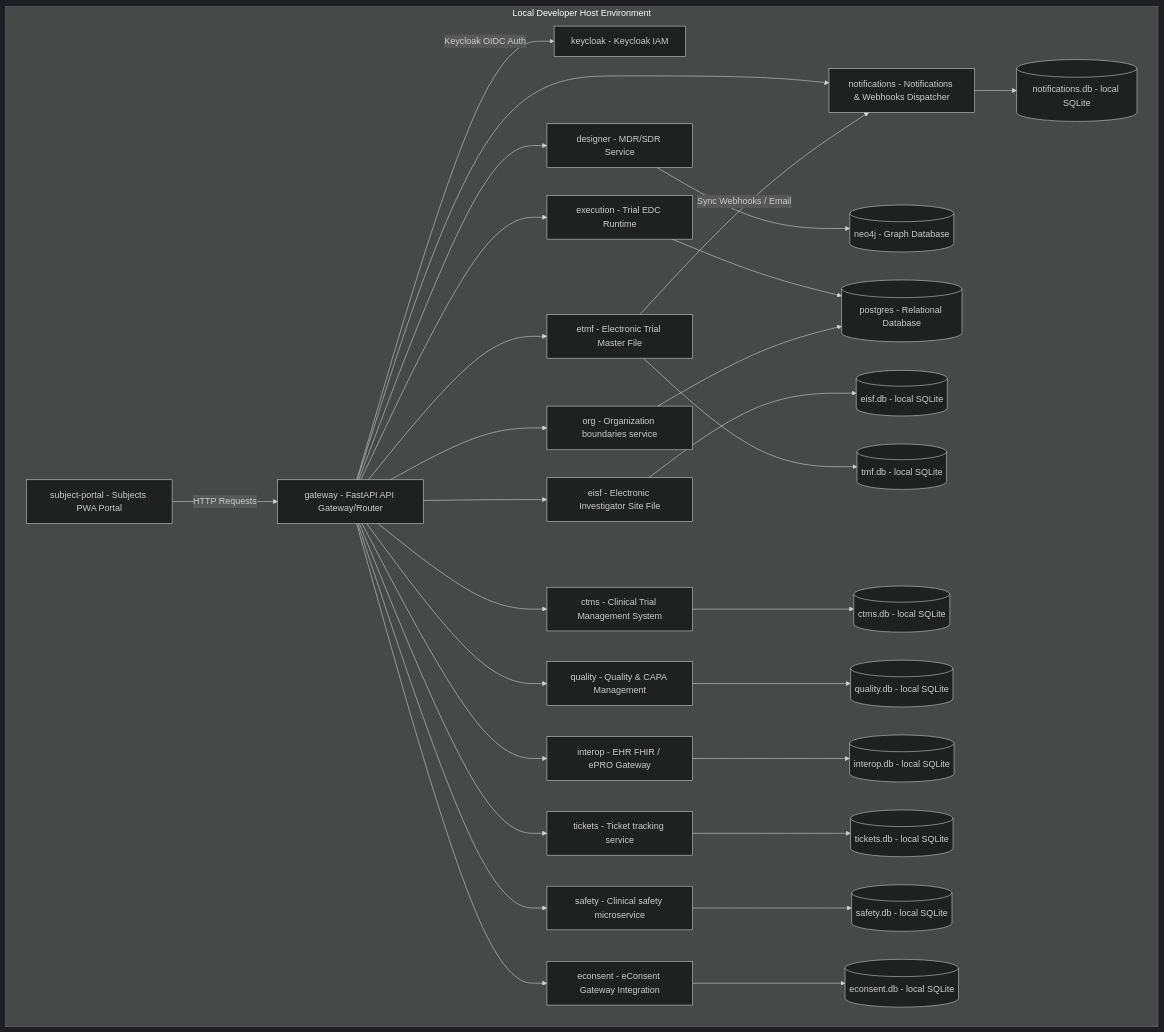
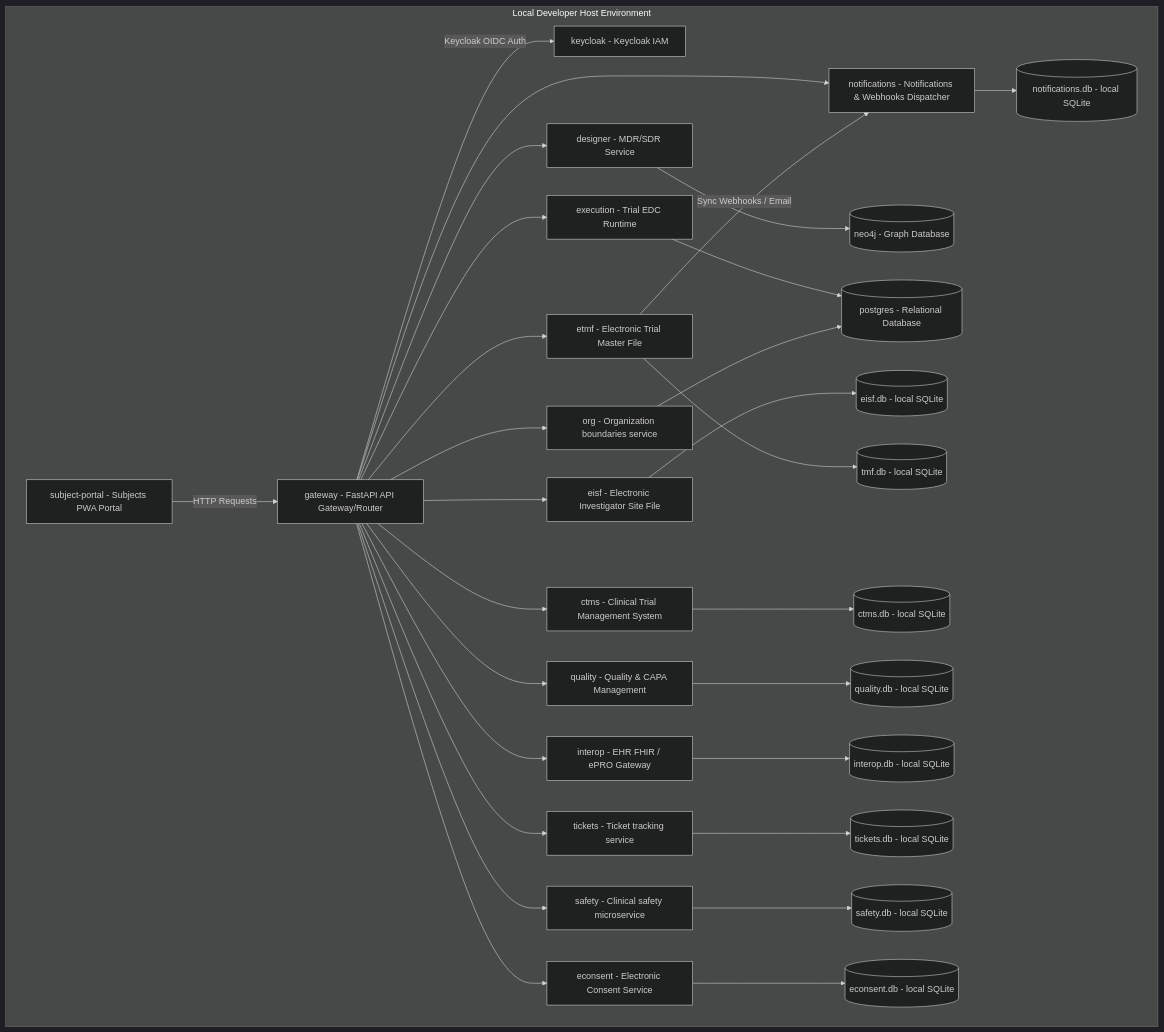
Before and after one commit to fderuiter/cadence-clinical: the first of 2 diagrams in ARCHITECTURE.md, drawn with Mermaid (dark theme). The commit also changed 52 other files, not shown here.

````diff
--- a/ARCHITECTURE.md
+++ b/ARCHITECTURE.md
@@ -148,72 +148,72 @@
 ```mermaid
 flowchart TD
     subgraph Local Developer Host Environment
         subject-portal[subject-portal - Subjects PWA Portal]
         gateway[gateway - FastAPI API Gateway/Router]
         keycloak[keycloak - Keycloak IAM]
         designer[designer - MDR/SDR Service]
         execution[execution - Trial EDC Runtime]
         org[org - Organization boundaries service]
         eisf[eisf - Electronic Investigator Site File]
         etmf[etmf - Electronic Trial Master File]
         ctms[ctms - Clinical Trial Management System]
         quality[quality - Quality & CAPA Management]
         interop[interop - EHR FHIR / ePRO Gateway]
         tickets[tickets - Ticket tracking service]
         safety[safety - Clinical safety microservice]
         notifications[notifications - Notifications & Webhooks Dispatcher]
-        econsent[econsent - eConsent Gateway Integration]
+        econsent[econsent - Electronic Consent Service]
 
         %% Databases
         postgres[(postgres - Relational Database)]
         neo4j[(neo4j - Graph Database)]
 
         %% SQLite file boundaries
         sqlite_eisf[(eisf.db - local SQLite)]
         sqlite_etmf[(tmf.db - local SQLite)]
         sqlite_ctms[(ctms.db - local SQLite)]
         sqlite_quality[(quality.db - local SQLite)]
         sqlite_interop[(interop.db - local SQLite)]
         sqlite_tickets[(tickets.db - local SQLite)]
         sqlite_safety[(safety.db - local SQLite)]
         sqlite_notifications[(notifications.db - local SQLite)]
         sqlite_econsent[(econsent.db - local SQLite)]
     end
 
     %% Routing Flow
     subject-portal -->|HTTP Requests| gateway
     gateway -->|Keycloak OIDC Auth| keycloak
 
     %% API Routing
     gateway --> designer
     gateway --> execution
     gateway --> org
     gateway --> eisf
     gateway --> etmf
     gateway --> ctms
     gateway --> quality
     gateway --> interop
     gateway --> tickets
     gateway --> safety
     gateway --> notifications
     gateway --> econsent
 
     %% Shared storage connections
     designer --> neo4j
     execution --> postgres
     org --> postgres
 
     %% Individual SQLite files
     eisf --> sqlite_eisf
     etmf --> sqlite_etmf
     ctms --> sqlite_ctms
     quality --> sqlite_quality
     interop --> sqlite_interop
     tickets --> sqlite_tickets
     safety --> sqlite_safety
     notifications --> sqlite_notifications
     econsent --> sqlite_econsent
 
     %% Inter-service events
     etmf -->|Sync Webhooks / Email| notifications
 ```
````
